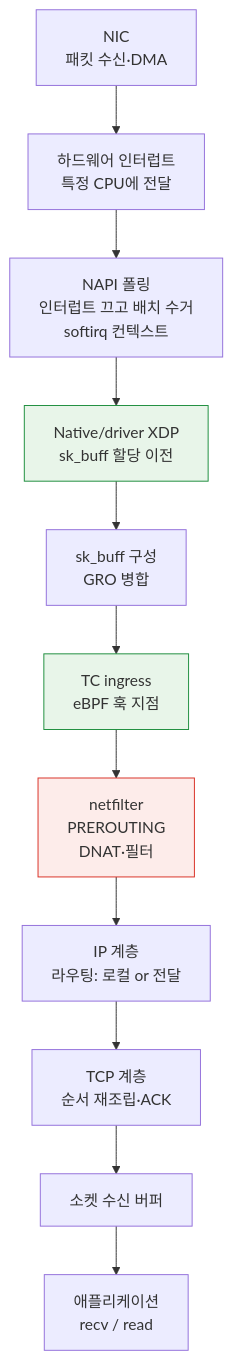
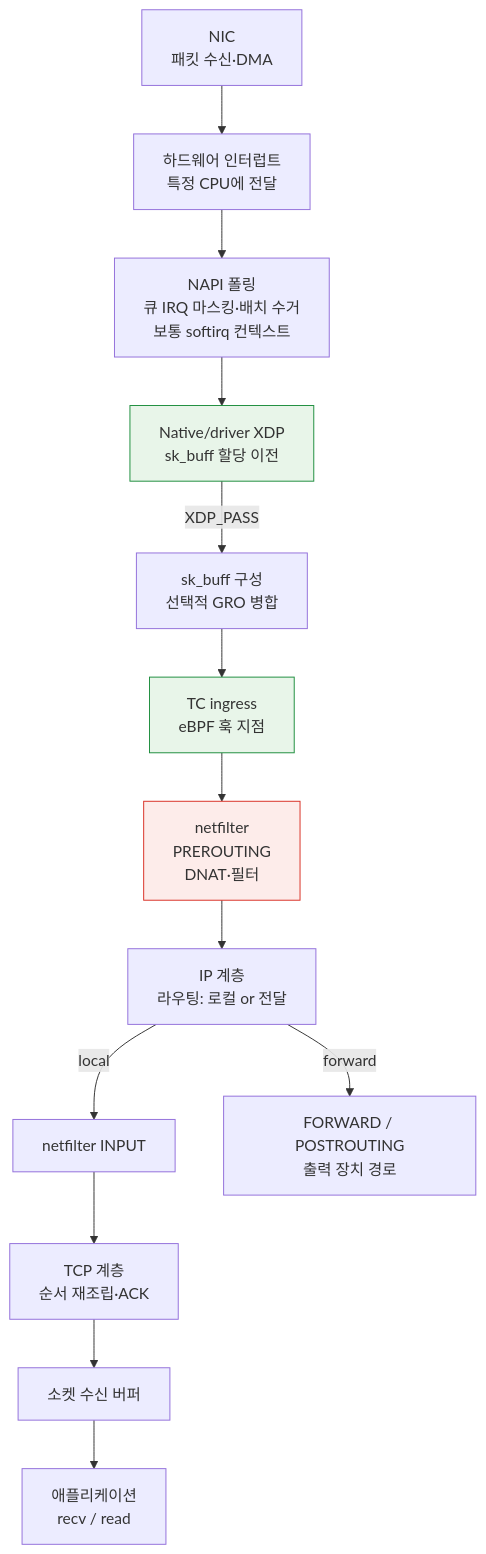
The second of 2 diagrams in ko/kernel/02-network-stack.md (Atom-oh/kubernetes-docs), drawn with Mermaid before and after one commit. The commit also changed other lines of this file and 31 other files, not shown here.

````diff
--- a/ko/kernel/02-network-stack.md
+++ b/ko/kernel/02-network-stack.md
@@ -137,17 +190,19 @@
 ```mermaid
 graph TB
     NIC2["NIC<br/>패킷 수신·DMA"] --> IRQ["하드웨어 인터럽트<br/>특정 CPU에 전달"]
-    IRQ --> NAPI["NAPI 폴링<br/>인터럽트 끄고 배치 수거<br/>softirq 컨텍스트"]
+    IRQ --> NAPI["NAPI 폴링<br/>큐 IRQ 마스킹·배치 수거<br/>보통 softirq 컨텍스트"]
     NAPI --> XDPH["Native/driver XDP<br/>sk_buff 할당 이전"]
-    XDPH --> SKB["sk_buff 구성<br/>GRO 병합"]
+    XDPH -->|XDP_PASS| SKB["sk_buff 구성<br/>선택적 GRO 병합"]
     SKB --> TCI["TC ingress<br/>eBPF 훅 지점"]
     TCI --> NFP["netfilter<br/>PREROUTING<br/>DNAT·필터"]
     NFP --> L3R["IP 계층<br/>라우팅: 로컬 or 전달"]
-    L3R --> L4R["TCP 계층<br/>순서 재조립·ACK"]
+    L3R -->|local| NFI["netfilter INPUT"]
+    NFI --> L4R["TCP 계층<br/>순서 재조립·ACK"]
+    L3R -->|forward| FWD["FORWARD / POSTROUTING<br/>출력 장치 경로"]
     L4R --> SKR["소켓 수신 버퍼"]
     SKR --> APP2["애플리케이션<br/>recv / read"]
 
     style XDPH fill:#e8f5e9,stroke:#1e8e3e
     style TCI fill:#e8f5e9,stroke:#1e8e3e
     style NFP fill:#fdecea,stroke:#d93025
 ```
````
